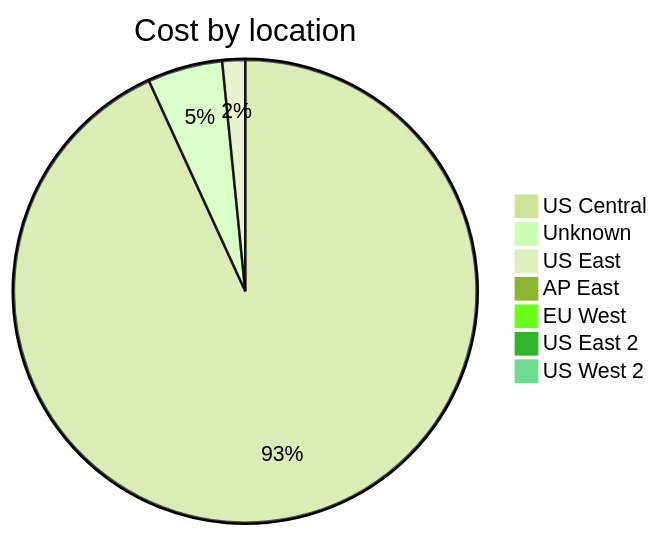
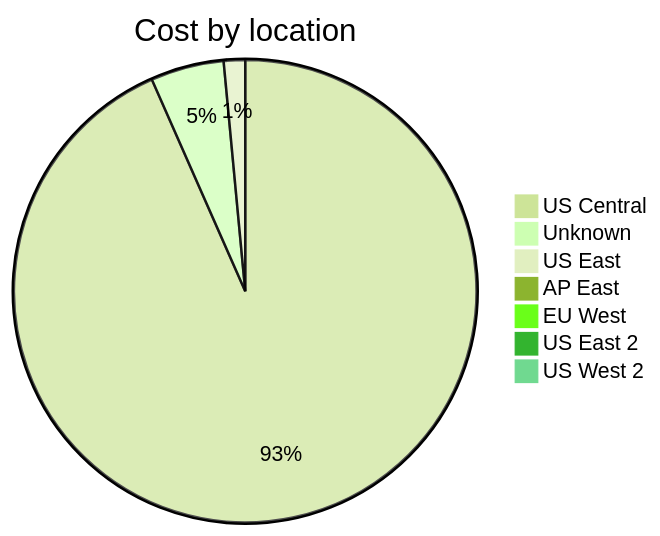
One commit to jpfulton/azure-personal-reports changed the third of 4 diagrams in cost-reports/accumulated-cost.md. Above: the diagram before and after it, drawn with Mermaid (forest theme). The commit also changed other lines of this file and 4 other files, not shown here.

````diff
--- a/cost-reports/accumulated-cost.md
+++ b/cost-reports/accumulated-cost.md
@@ -123,11 +123,11 @@
 ```mermaid
 pie
    title Cost by location
-   "US Central" : 4.09
-   "Unknown" : 0.23
+   "US Central" : 4.38
+   "Unknown" : 0.24
    "US East" : 0.07
    "AP East" : 0.00
    "EU West" : 0.00
    "US East 2" : 0.00
    "US West 2" : 0.00
 ```
````
